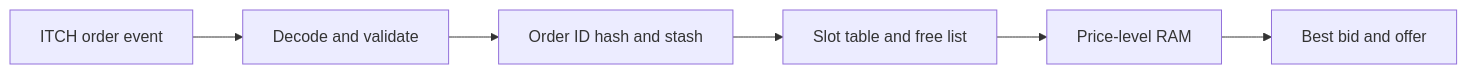
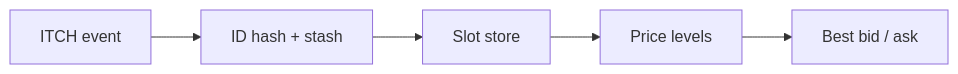
One commit to ronits2407/ronits2407 changed the first of 2 diagrams in README.md. Above: the diagram before and after it, drawn with Mermaid. The commit also changed other lines of this file, not shown here.

Commit message:
Shorten profile diagrams for readability

````diff
--- a/README.md
+++ b/README.md
@@ -20,8 +20,7 @@
 ```mermaid
 flowchart LR
-  A[ITCH order event] --> B[Decode and validate]
-  B --> C[Order ID hash and stash]
-  C --> D[Slot table and free list]
-  D --> E[Price-level RAM]
-  E --> F[Best bid and offer]
+  A[ITCH event] --> B[ID hash + stash]
+  B --> C[Slot store]
+  C --> D[Price levels]
+  D --> E[Best bid / ask]
 ```
````
